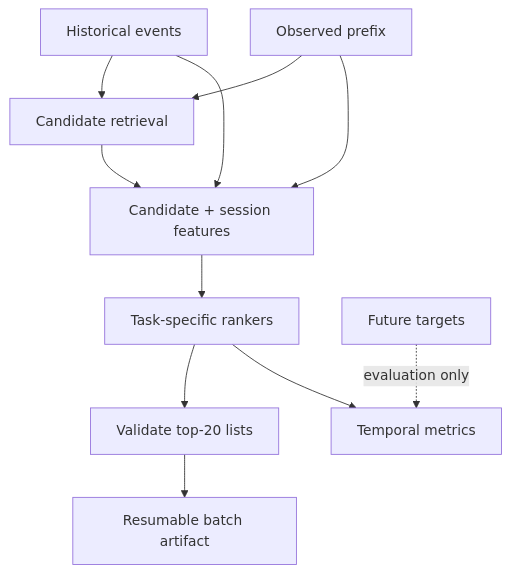
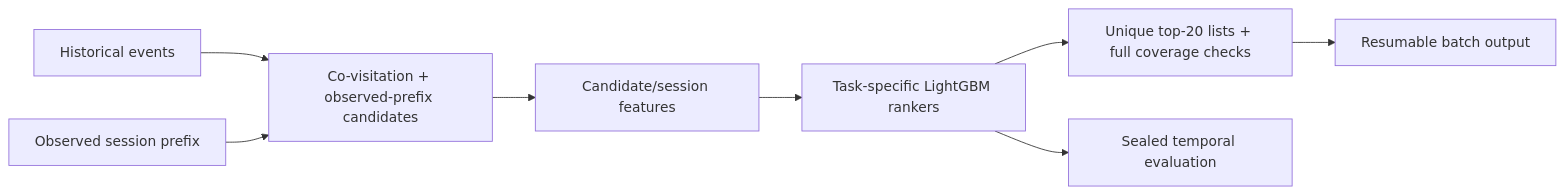
The diagram in README.md (alvaromendizabal/otto-recommender-system), drawn with Mermaid before and after one commit. The commit also changed other lines of this file and 984 other files, not shown here.

````diff
--- a/README.md
+++ b/README.md
@@ -43,13 +41,10 @@
 ```mermaid
-flowchart TD
-    H[Historical events] --> C[Candidate retrieval]
-    P[Observed prefix] --> C
-    C --> F[Candidate + session features]
-    H --> F
-    P --> F
-    F --> R[Task-specific rankers]
-    R --> V[Validate top-20 lists]
-    V --> B[Resumable batch artifact]
-    T[Future targets] -. evaluation only .-> E[Temporal metrics]
-    R --> E
+flowchart LR
+    H[Historical events] --> C[Co-visitation + observed-prefix candidates]
+    P[Observed session prefix] --> C
+    C --> F[Candidate/session features]
+    F --> R[Task-specific LightGBM rankers]
+    R --> V[Unique top-20 lists + full coverage checks]
+    V --> B[Resumable batch output]
+    R --> E[Sealed temporal evaluation]
 ```
````
